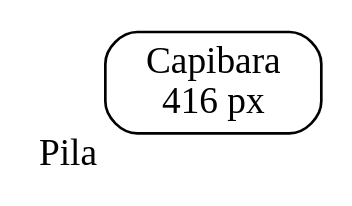
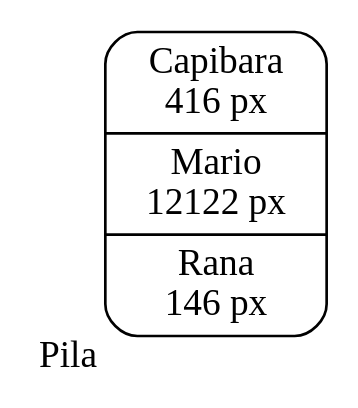
One commit to MelvinGGS/IPC2_ProyectoVD2024_202300712 changed the diagram in Proyecto 1/Reportes/Pila_IPC-001.dot. Above: the diagram before and after it, drawn with Graphviz. The commit also changed 32 other files, not shown here.

```diff
--- a/Proyecto 1/Reportes/Pila_IPC-001.dot
+++ b/Proyecto 1/Reportes/Pila_IPC-001.dot
@@ -1,5 +1,5 @@
 digraph G {
     rankdir=LR;
     node[shape=Mrecord];
-    Pila[xlabel="Pila" label="Capibara\n416 px"];
+    Pila[xlabel="Pila" label="Capibara\n416 px|Mario\n12122 px|Rana\n146 px"];
 }
```
